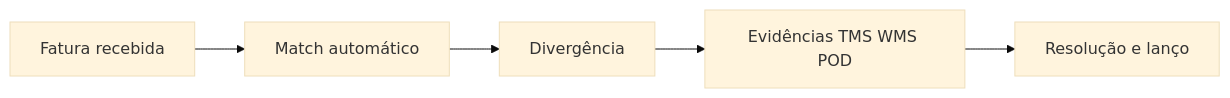
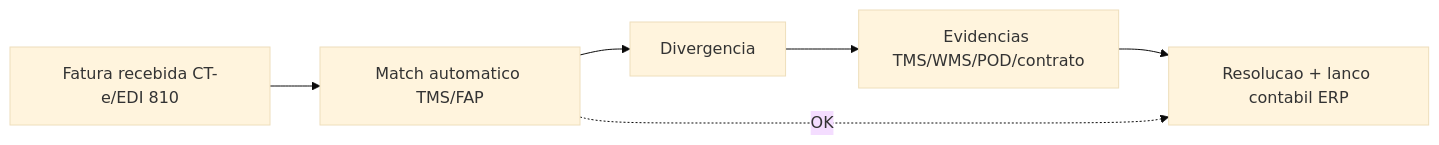
Before and after one commit to cleberhensel/logisticon-academy: the second of 2 diagrams in aulas/trilha-tecnologia-e-sistemas/modulo-04-tms/aula-03-faturacao-auditoria-frete.md, drawn with Mermaid (base theme). The commit also changed other lines of this file and 122 other files, not shown here.

````diff
--- a/aulas/trilha-tecnologia-e-sistemas/modulo-04-tms/aula-03-faturacao-auditoria-frete.md
+++ b/aulas/trilha-tecnologia-e-sistemas/modulo-04-tms/aula-03-faturacao-auditoria-frete.md
@@ -41,11 +105,10 @@
 ```mermaid
 flowchart LR
-  F[Fatura recebida]
-  M[Match automático]
-  D[Divergência]
-  E[Evidências TMS WMS POD]
-  R[Resolução e lanço]
-  F --> M
-  M --> D
-  D --> E --> R
+  F[Fatura recebida CT-e/EDI 810]
+  M[Match automatico TMS/FAP]
+  D[Divergencia]
+  E[Evidencias TMS/WMS/POD/contrato]
+  R[Resolucao + lanco contabil ERP]
+  F --> M --> D --> E --> R
+  M -.OK.-> R
 ```
````
